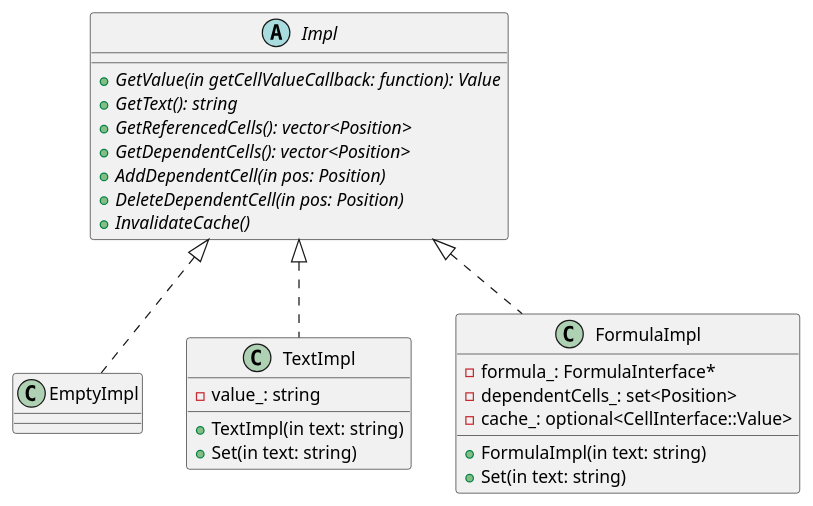
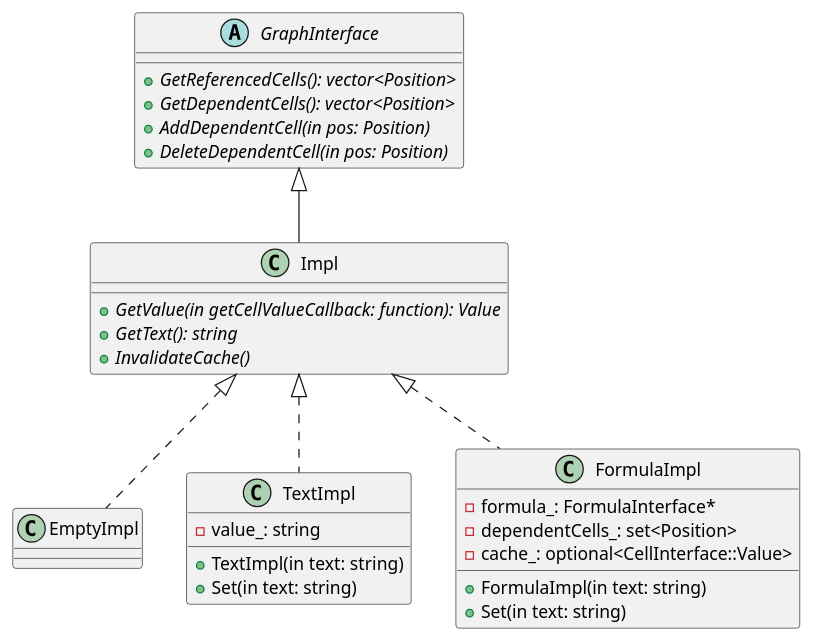
Before and after one commit to kazarynau/YandexPraktikumFinal: the diagram in uml/cellImpl.puml, drawn with PlantUML. The commit also changed 2 other files, not shown here.

Commit message:
Add GraphInterface

```diff
--- a/uml/cellImpl.puml
+++ b/uml/cellImpl.puml
@@ -2,34 +2,39 @@
 @startuml
+
+abstract class GraphInterface {
+    +{abstract} GetReferencedCells(): vector<Position>
+    +{abstract} GetDependentCells(): vector<Position>
+    +{abstract} AddDependentCell(in pos: Position)
+    +{abstract} DeleteDependentCell(in pos: Position)
+}
 
 abstract class Impl {
     +{abstract} GetValue(in getCellValueCallback: function): Value
     +{abstract} GetText(): string
-    +{abstract} GetReferencedCells(): vector<Position>
-    +{abstract} GetDependentCells(): vector<Position>
-    +{abstract} AddDependentCell(in pos: Position)
-    +{abstract} DeleteDependentCell(in pos: Position)
     +{abstract} InvalidateCache()
 }
+
+class Impl extends GraphInterface
 
 class EmptyImpl {
 }
 
 class TextImpl {
     +TextImpl(in text: string)
     +Set(in text: string)
     -value_: string
 }
 
 class FormulaImpl {
     +FormulaImpl(in text: string)
     +Set(in text: string)
     -formula_: FormulaInterface*
     -dependentCells_: set<Position>
     -cache_: optional<CellInterface::Value>
 }
 
 class EmptyImpl implements Impl
 class TextImpl implements Impl
 class FormulaImpl implements Impl
 
 @enduml
```
